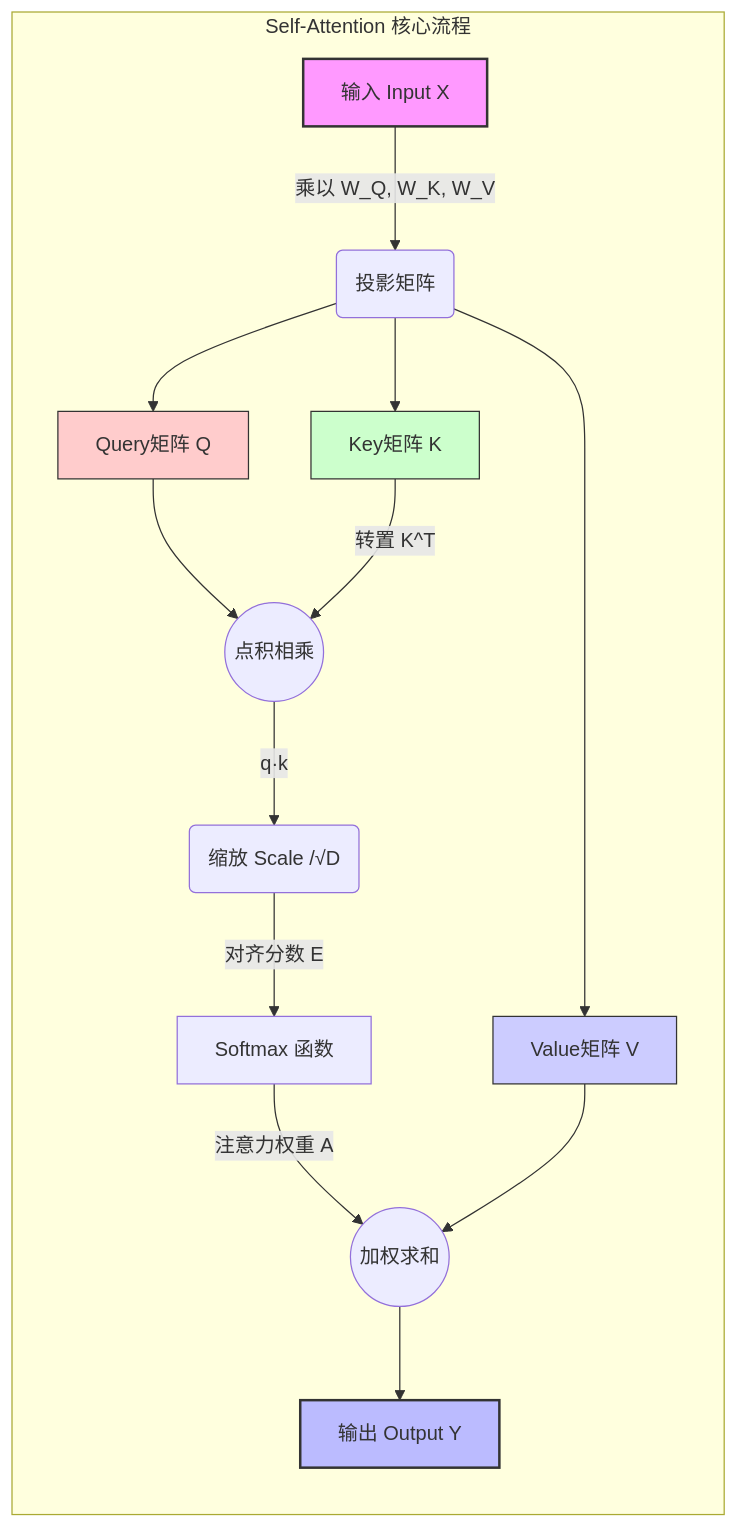
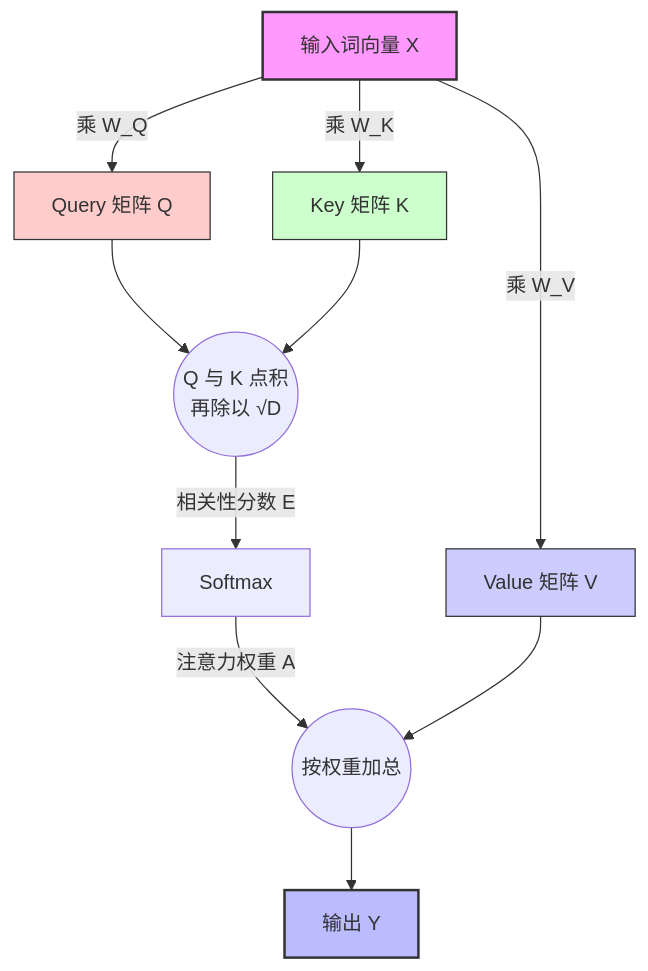
The first of 2 diagrams in docs/ch02/extra-01-self-attention.md (PlutoKeating/Project.plusOne), drawn with Mermaid before and after one commit. The commit also changed other lines of this file and 2 other files, not shown here.

Commit message:
docs(ch02): rewrite LLM API chapter and self-attention reading; shorten sidebar title

````diff
--- a/docs/ch02/extra-01-self-attention.md
+++ b/docs/ch02/extra-01-self-attention.md
@@ -59,28 +45,18 @@
 ```mermaid
 graph TD
-    subgraph Self-Attention 核心流程
-        direction TB
-        X[输入 Input X] -->|乘以 W_Q, W_K, W_V| QKV(投影矩阵)
-        
-        QKV --> Q[Query矩阵 Q]
-        QKV --> K[Key矩阵 K]
-        QKV --> V[Value矩阵 V]
-        
-        Q --> MatMul1((点积相乘))
-        K -->|转置 K^T| MatMul1
-        
-        MatMul1 -->|q·k| Scale(缩放 Scale /√D)
-        Scale -->|对齐分数 E| Softmax[Softmax 函数]
-        
-        Softmax -->|注意力权重 A| MatMul2((加权求和))
-        V --> MatMul2
-        
-        MatMul2 --> Y[输出 Output Y]
-    end
+    X[输入词向量 X] -->|乘 W_Q| Q[Query 矩阵 Q]
+    X -->|乘 W_K| K[Key 矩阵 K]
+    X -->|乘 W_V| V[Value 矩阵 V]
+    Q --> S((Q 与 K 点积<br/>再除以 √D))
+    K --> S
+    S -->|相关性分数 E| SM[Softmax]
+    SM -->|注意力权重 A| M((按权重加总))
+    V --> M
+    M --> Y[输出 Y]
 
     style X fill:#f9f,stroke:#333,stroke-width:2px
     style Y fill:#bbf,stroke:#333,stroke-width:2px
     style Q fill:#fcc,stroke:#333
     style K fill:#cfc,stroke:#333
     style V fill:#ccf,stroke:#333
 ```
````
